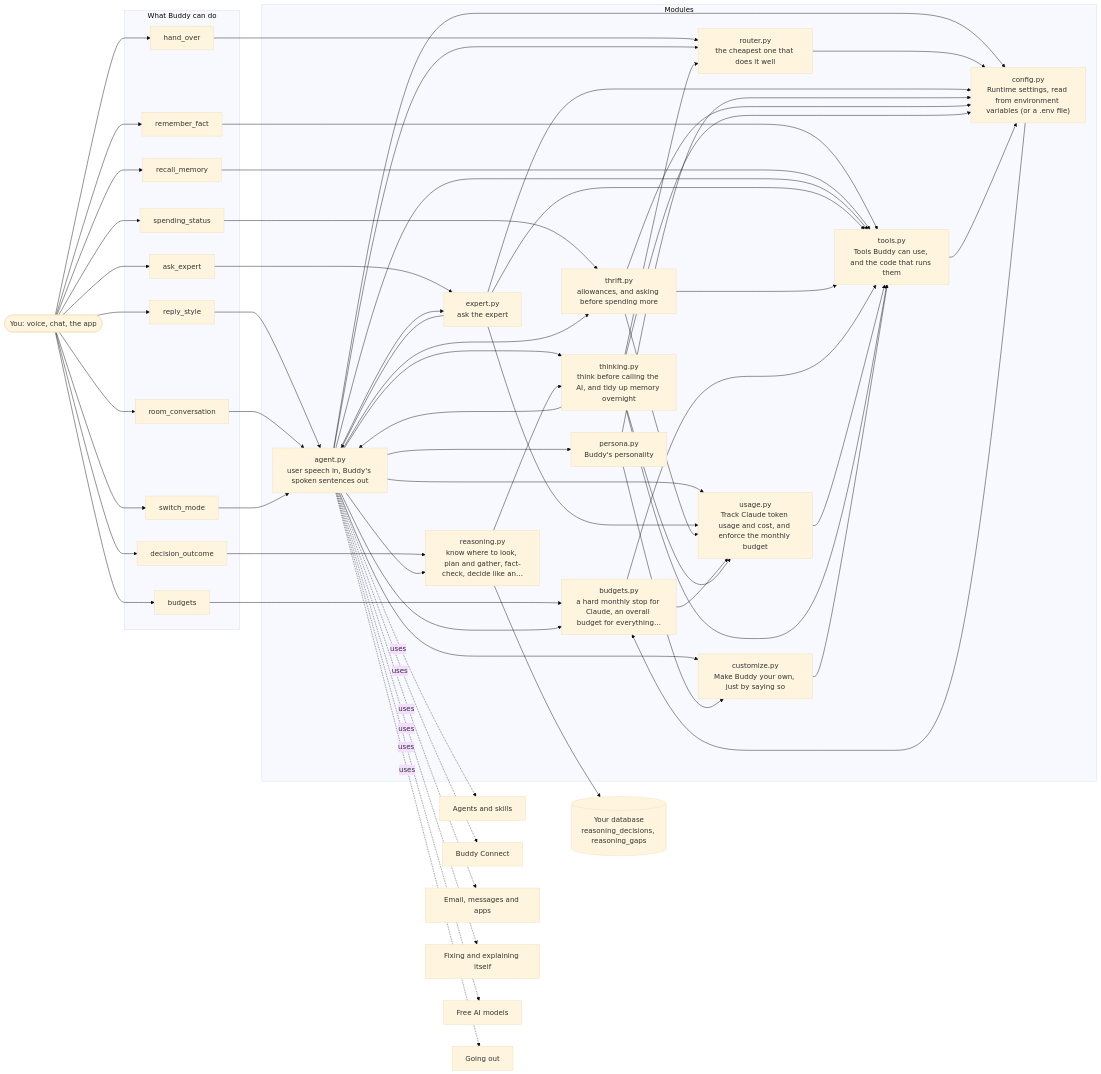
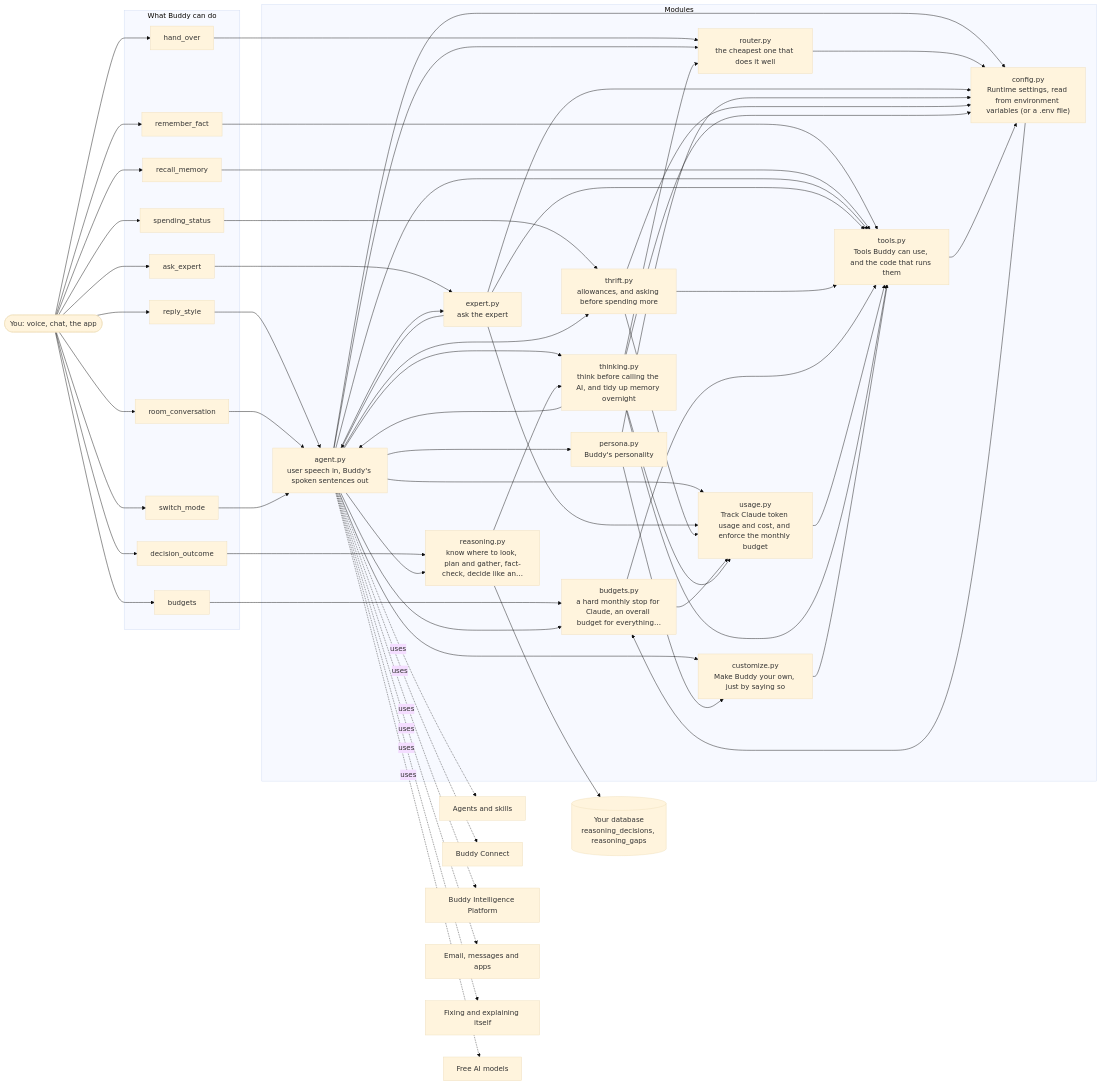
One commit to aneesh304810/BuddyAgent changed the diagram in docs/architecture/01-claude.md. Above: the diagram before and after it, drawn with Mermaid (base theme). The commit also changed other lines of this file and 29 other files, not shown here.

First line of the commit message:
Buddy Intelligence Platform: public evidence on emerging technologies, convergence and stages

````diff
--- a/docs/architecture/01-claude.md
+++ b/docs/architecture/01-claude.md
@@ -92,12 +92,12 @@
     agent_py -. uses .-> o_0
     o_1["Buddy Connect"]
     agent_py -. uses .-> o_1
-    o_2["Email, messages and apps"]
+    o_2["Buddy Intelligence Platform"]
     agent_py -. uses .-> o_2
-    o_3["Fixing and explaining itself"]
+    o_3["Email, messages and apps"]
     agent_py -. uses .-> o_3
-    o_4["Free AI models"]
+    o_4["Fixing and explaining itself"]
     agent_py -. uses .-> o_4
-    o_5["Going out"]
+    o_5["Free AI models"]
     agent_py -. uses .-> o_5
 ```
````
